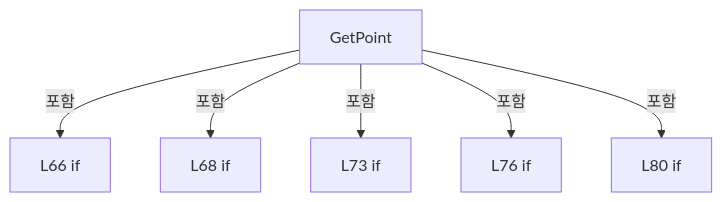
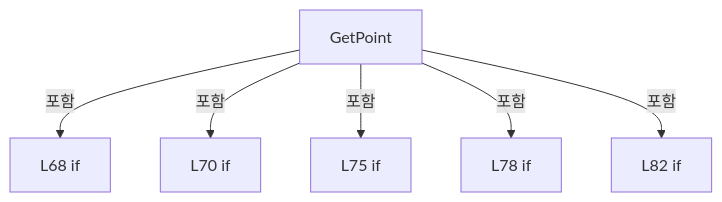
Before and after one commit to kjuws10-rgb/Shared: the fourth of 9 diagrams in A3 LD Code Ref/files/Drilling.Common/Review/CZeroDefenceRecipePlan.cs.md, drawn with Mermaid. The commit also changed other lines of this file and 2071 other files, not shown here.

Commit message:
docs(a3): update 11.19.0 architecture and code reference

````diff
--- a/A3 LD Code Ref/files/Drilling.Common/Review/CZeroDefenceRecipePlan.cs.md
+++ b/A3 LD Code Ref/files/Drilling.Common/Review/CZeroDefenceRecipePlan.cs.md
@@ -824,14 +837,14 @@
 ```mermaid
 flowchart TD
  M["GetPoint"]
- N0["L66 if"]
+ N0["L68 if"]
  M -->|포함| N0
- N1["L68 if"]
+ N1["L70 if"]
  M -->|포함| N1
- N2["L73 if"]
+ N2["L75 if"]
  M -->|포함| N2
- N3["L76 if"]
+ N3["L78 if"]
  M -->|포함| N3
- N4["L80 if"]
+ N4["L82 if"]
  M -->|포함| N4
 ```
````
